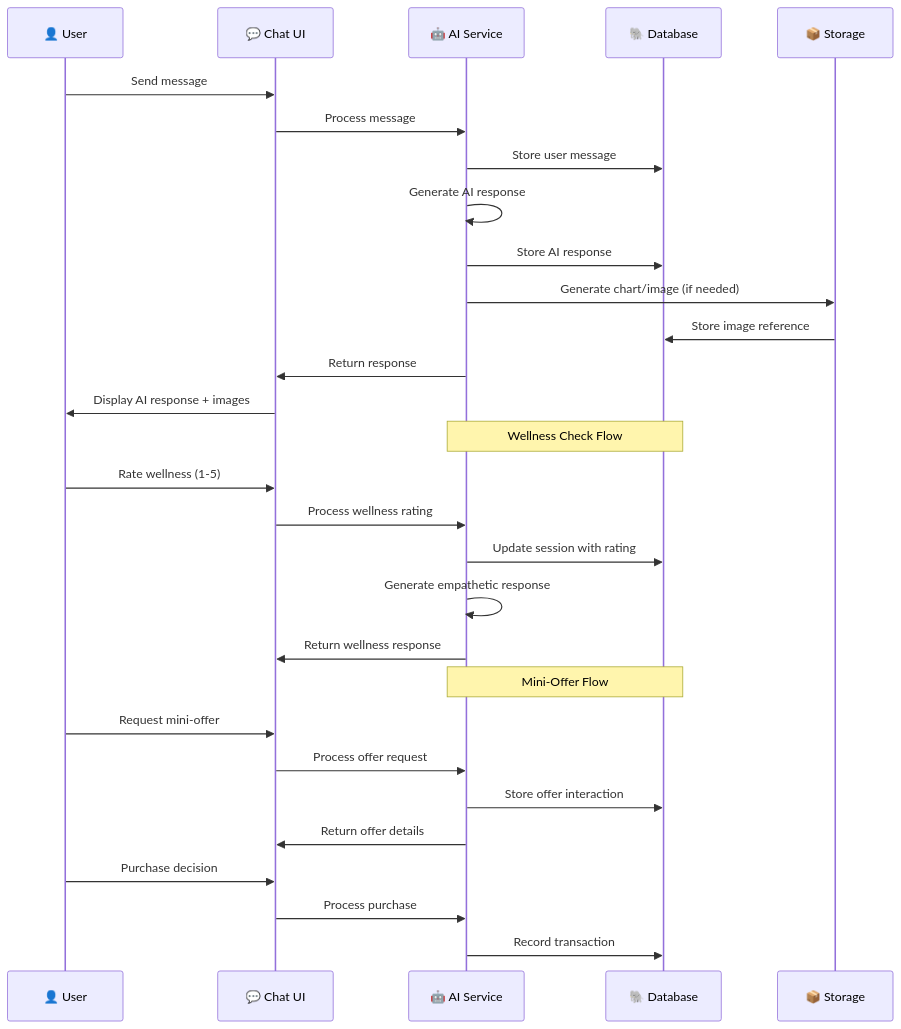
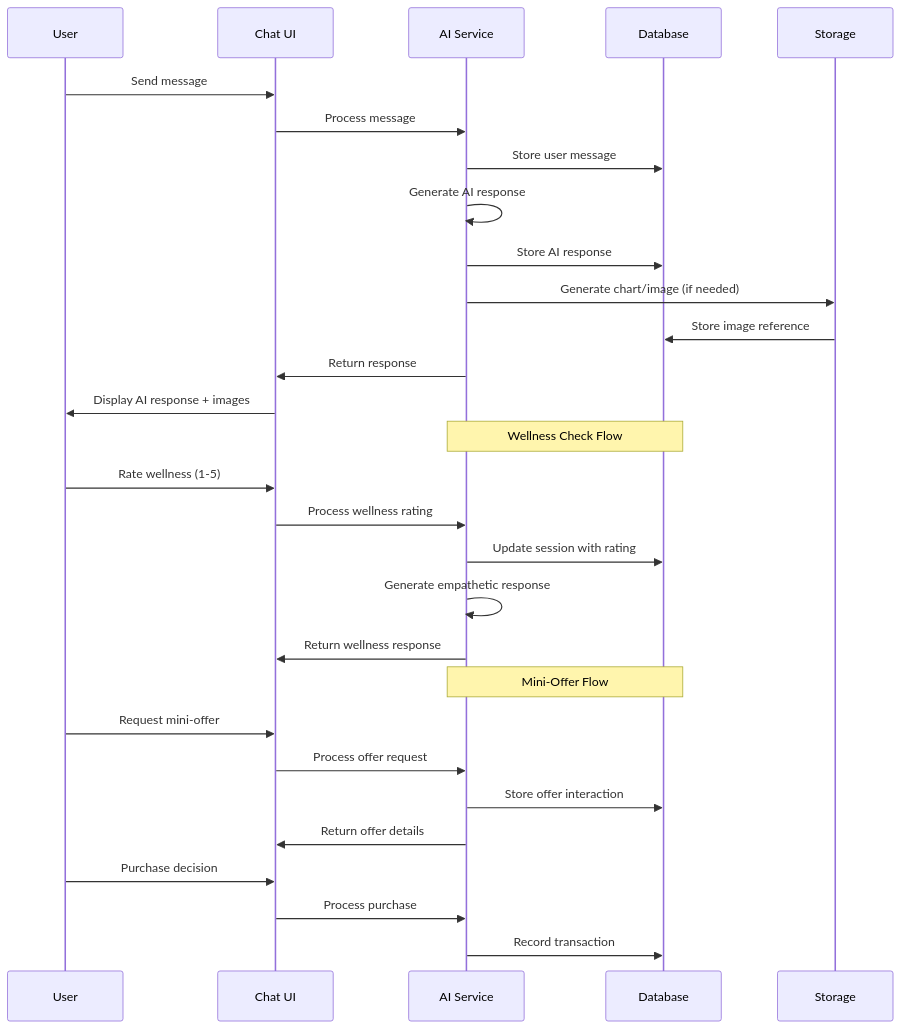
The third of 5 diagrams in database-diagram.md (InflammAI/New-Inflamm-AI-AI), drawn with Mermaid before and after one commit. The commit also changed other lines of this file, not shown here.

First line of the commit message:
Remove all emojis and subgraphs from remaining diagrams

````diff
--- a/database-diagram.md
+++ b/database-diagram.md
@@ -161,34 +156,34 @@
 ```mermaid
 sequenceDiagram
-    participant U as 👤 User
-    participant C as 💬 Chat UI
-    participant A as 🤖 AI Service
-    participant DB as 🐘 Database
-    participant S as 📦 Storage
+    participant U as User
+    participant C as Chat UI
+    participant A as AI Service
+    participant DB as Database
+    participant S as Storage
     
     U->>C: Send message
     C->>A: Process message
     A->>DB: Store user message
     A->>A: Generate AI response
     A->>DB: Store AI response
     A->>S: Generate chart/image (if needed)
     S->>DB: Store image reference
     A->>C: Return response
     C->>U: Display AI response + images
     
     Note over A,DB: Wellness Check Flow
     U->>C: Rate wellness (1-5)
     C->>A: Process wellness rating
     A->>DB: Update session with rating
     A->>A: Generate empathetic response
     A->>C: Return wellness response
     
     Note over A,DB: Mini-Offer Flow
     U->>C: Request mini-offer
     C->>A: Process offer request
     A->>DB: Store offer interaction
     A->>C: Return offer details
     U->>C: Purchase decision
     C->>A: Process purchase
     A->>DB: Record transaction
 ```
````
